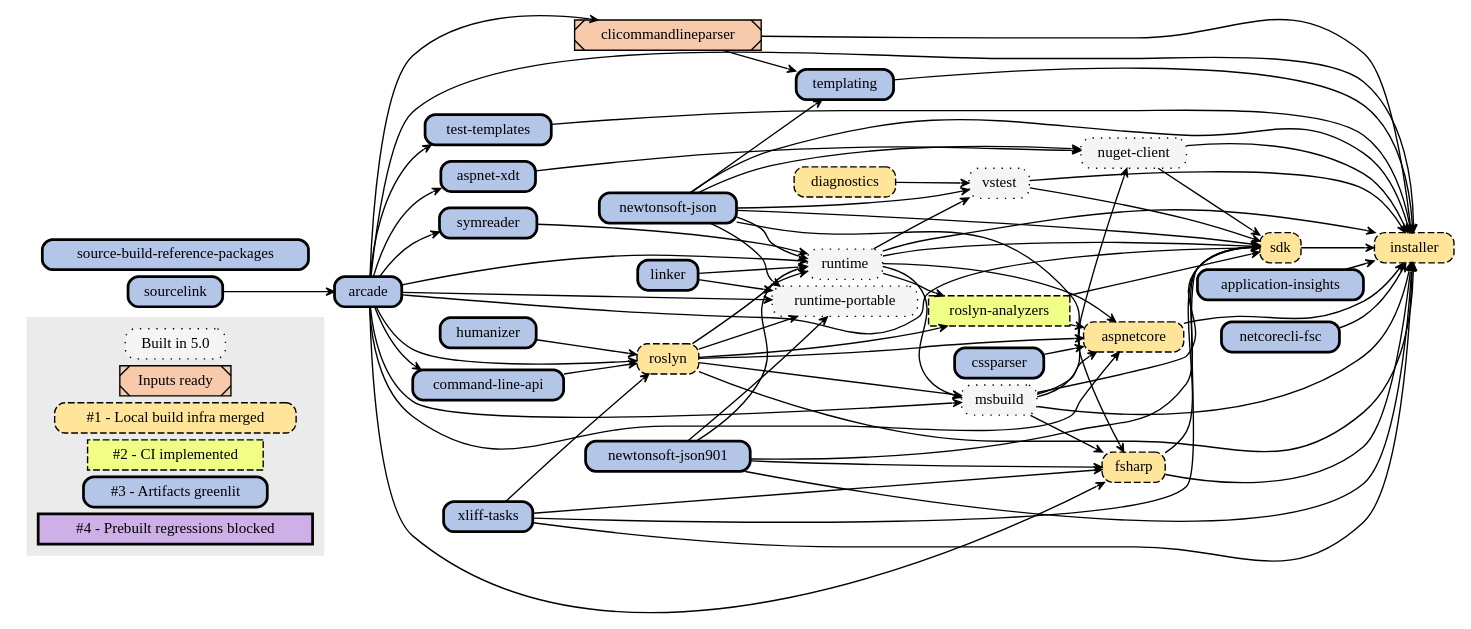
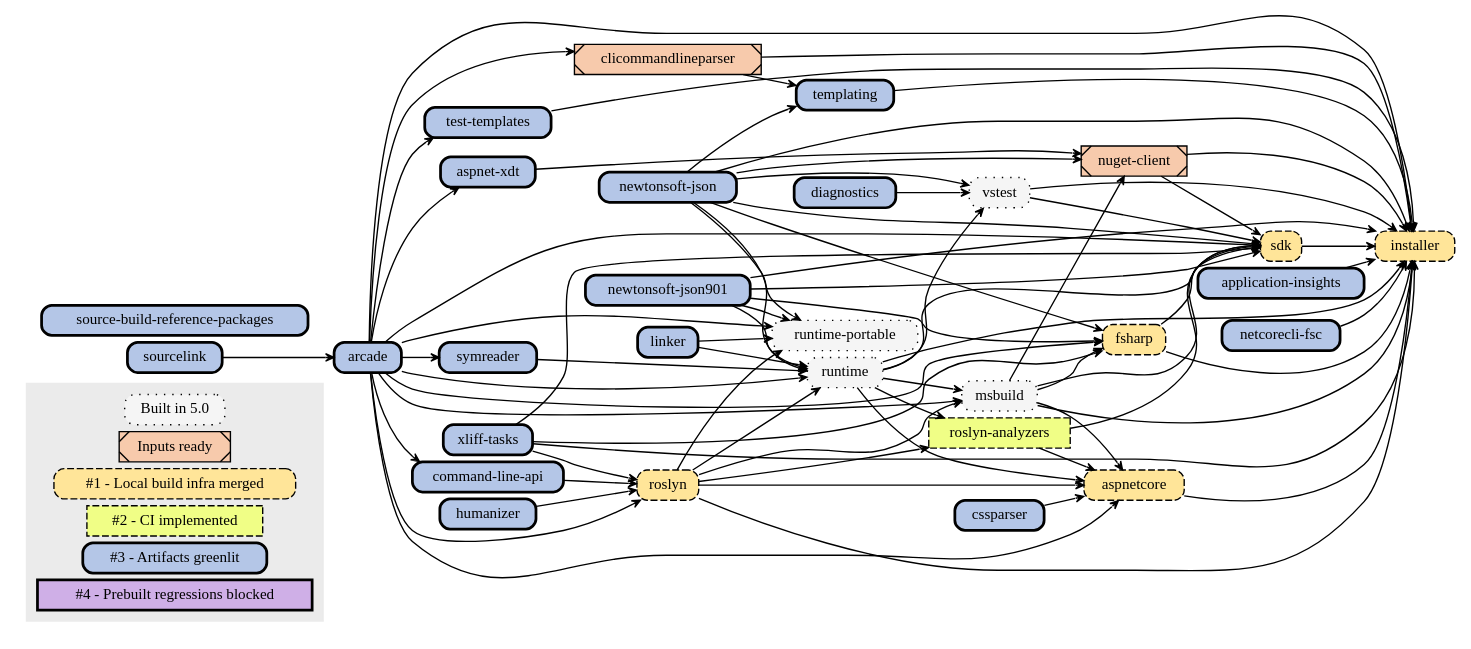
Before and after one commit to dotnet/source-build: the diagram in Documentation/planning/arcade-powered-source-build/img/implementation-plan-graph.dot, drawn with Graphviz.

```diff
--- a/Documentation/planning/arcade-powered-source-build/img/implementation-plan-graph.dot
+++ b/Documentation/planning/arcade-powered-source-build/img/implementation-plan-graph.dot
@@ -1,148 +1,147 @@
 // dot.exe implementation-plan-graph.dot -Tsvg -o implementation-plan-graph.svg
 
 digraph {
 node[
   shape=rect
   width=0 height=0 margin=0.07
   style=filled
   fontsize=11]
 edge[
   penwidth=1
   arrowsize=0.6
   arrowhead=vee
   pencolor="#444444"]
 rankdir=LR
 nodesep=0.07
 ranksep=0.08
 
 node [fillcolor="#F5F5F5",style="dotted,filled,rounded",tooltip="Built"]
 "pre0"[label="Built in 5.0"]
 "msbuild"
-"nuget-client"
 "runtime-portable"
 "runtime"
 "vstest"
 
 node [fillcolor="#F7CAAC",style="filled,diagonals",tooltip="Inputs ready"]
 "pre1"[label="Inputs ready"]
 "clicommandlineparser"
-
+"nuget-client"
 
 node [fillcolor="#FFE599",style="dashed,filled,rounded",tooltip="1"]
 "s1"[label="#1 - Local build infra merged"]
 "aspnetcore"
-"diagnostics"
 "fsharp"
 "installer"
 "roslyn"
 "sdk"
 
 node [fillcolor="#F0FE86",style="dashed,filled",tooltip="2"]
 "s2"[label="#2 - CI implemented"]
 "roslyn-analyzers"
 
 node [fillcolor="#B4C6E7",style="bold,filled,rounded",tooltip="3"]
 "s3"[label="#3 - Artifacts greenlit"]
 "application-insights"
 "arcade"
 "aspnet-xdt"
 "command-line-api"
 "cssparser"
+"diagnostics"
 "humanizer"
 "linker"
 "netcorecli-fsc"
 "newtonsoft-json"
 "newtonsoft-json901"
 "source-build-reference-packages"
 "sourcelink"
 "symreader"
 "templating"
 "test-templates"
 "xliff-tasks"
 
 node [fillcolor="#CFAFE7",style="bold,filled",tooltip="4"]
 "s4"[label="#4 - Prebuilt regressions blocked"]
 
 // Color all future nodes red. All nodes should be accounted for: red means they need a category.
 node [fillcolor="#FF0000",style=filled]
 
 subgraph clusterLegend {
   style=filled
   color="#ebebeb"
   "pre0" "pre1" "s1" "s2" "s3" "s4"
 }
 
 // Remaining text created by generate-graphviz.proj based on repos/*.proj:
 "sourcelink" -> "arcade"
 "arcade" -> "aspnet-xdt"
 "arcade" -> "aspnetcore"
 "cssparser" -> "aspnetcore"
 "runtime" -> "aspnetcore"
 "msbuild" -> "aspnetcore"
 "roslyn" -> "aspnetcore"
 "roslyn-analyzers" -> "aspnetcore"
 "arcade" -> "clicommandlineparser"
 "arcade" -> "command-line-api"
 "arcade" -> "fsharp"
 "msbuild" -> "fsharp"
 "newtonsoft-json901" -> "fsharp"
 "newtonsoft-json" -> "fsharp"
 "xliff-tasks" -> "fsharp"
 "application-insights" -> "installer"
 "arcade" -> "installer"
 "aspnetcore" -> "installer"
 "clicommandlineparser" -> "installer"
 "fsharp" -> "installer"
 "msbuild" -> "installer"
 "netcorecli-fsc" -> "installer"
 "newtonsoft-json" -> "installer"
 "newtonsoft-json901" -> "installer"
 "nuget-client" -> "installer"
 "roslyn" -> "installer"
 "runtime" -> "installer"
 "sdk" -> "installer"
 "templating" -> "installer"
 "test-templates" -> "installer"
 "vstest" -> "installer"
 "xliff-tasks" -> "installer"
 "arcade" -> "msbuild"
 "runtime" -> "msbuild"
 "roslyn" -> "msbuild"
 "newtonsoft-json" -> "nuget-client"
 "msbuild" -> "nuget-client"
 "aspnet-xdt" -> "nuget-client"
 "runtime" -> "roslyn-analyzers"
 "roslyn" -> "roslyn-analyzers"
 "arcade" -> "roslyn"
 "command-line-api" -> "roslyn"
 "humanizer" -> "roslyn"
 "xliff-tasks" -> "roslyn"
 "arcade" -> "runtime-portable"
 "linker" -> "runtime-portable"
 "newtonsoft-json" -> "runtime-portable"
 "newtonsoft-json901" -> "runtime-portable"
 "roslyn" -> "runtime-portable"
 "arcade" -> "runtime"
 "symreader" -> "runtime"
 "linker" -> "runtime"
 "newtonsoft-json" -> "runtime"
 "newtonsoft-json901" -> "runtime"
 "roslyn" -> "runtime"
 "arcade" -> "sdk"
 "xliff-tasks" -> "sdk"
 "runtime" -> "sdk"
 "msbuild" -> "sdk"
 "newtonsoft-json" -> "sdk"
 "newtonsoft-json901" -> "sdk"
 "nuget-client" -> "sdk"
 "roslyn-analyzers" -> "sdk"
 "vstest" -> "sdk"
 "fsharp" -> "sdk"
 "arcade" -> "symreader"
 "clicommandlineparser" -> "templating"
 "newtonsoft-json" -> "templating"
 "arcade" -> "test-templates"
 "diagnostics" -> "vstest"
 "runtime" -> "vstest"
 "newtonsoft-json" -> "vstest"
 }
```
